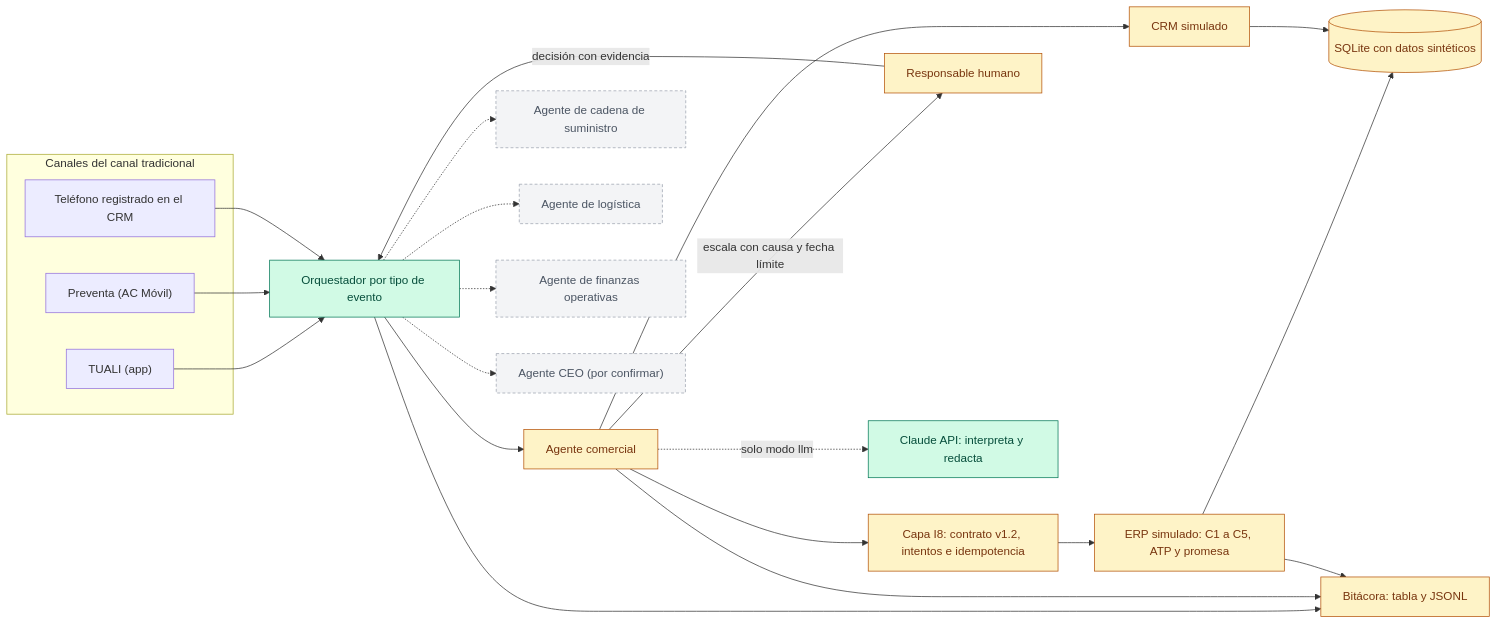
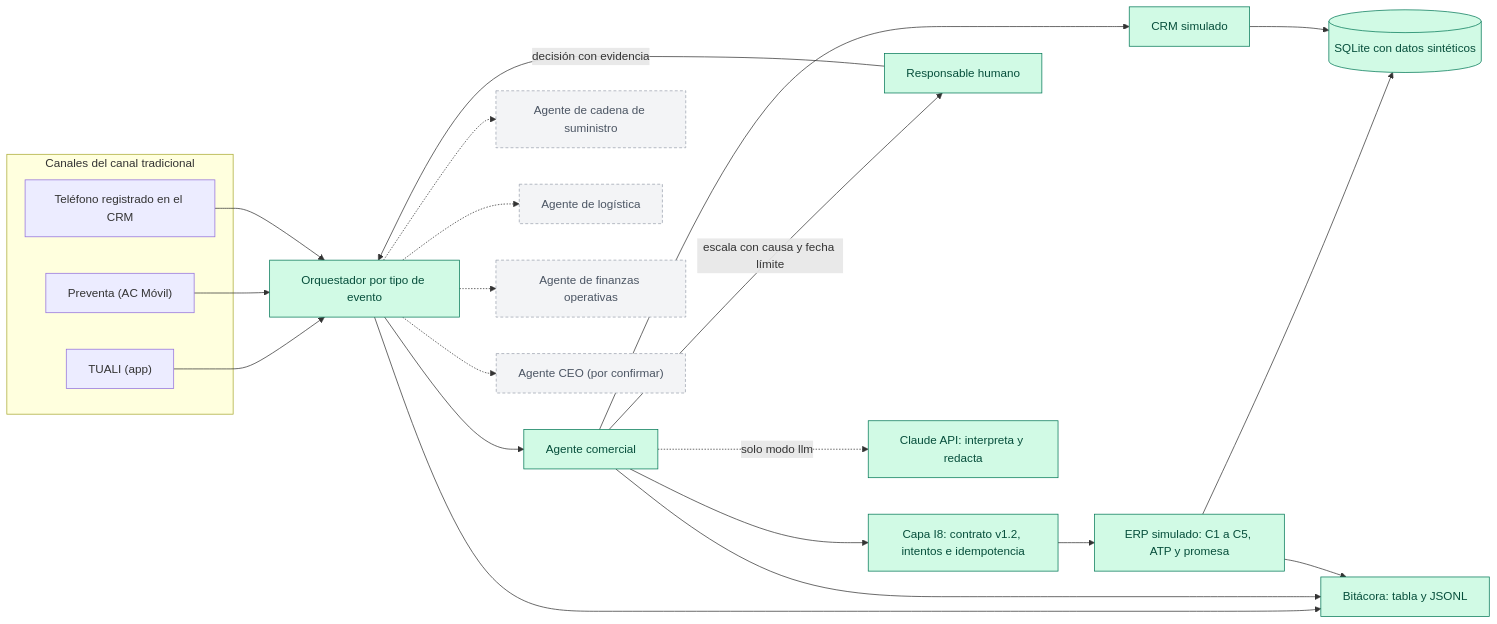
The first of 3 diagrams in README.md (Salvador0302/ge703-agente-sie-cocacola), drawn with Mermaid before and after one commit. The commit also changed other lines of this file, not shown here.

````diff
--- a/README.md
+++ b/README.md
@@ -19,34 +19,32 @@
 ```mermaid
 flowchart LR
     subgraph canales["Canales del canal tradicional"]
         T["TUALI (app)"]
         P["Preventa (AC Móvil)"]
         F["Teléfono registrado en el CRM"]
     end
     T --> O
     P --> O
     F --> O
     O["Orquestador por tipo de evento"]
     O --> A["Agente comercial"]
     A --> C["CRM simulado"]
     A --> I8["Capa I8: contrato v1.2, intentos e idempotencia"]
     I8 --> E["ERP simulado: C1 a C5, ATP y promesa"]
     E --> DB[("SQLite con datos sintéticos")]
     C --> DB
     A -->|"escala con causa y fecha límite"| H["Responsable humano"]
     H -->|"decisión con evidencia"| O
     O --> B["Bitácora: tabla y JSONL"]
     A --> B
     E --> B
     A -.->|"solo modo llm"| L["Claude API: interpreta y redacta"]
     O -.-> CS["Agente de cadena de suministro"]
     O -.-> LG["Agente de logística"]
     O -.-> FO["Agente de finanzas operativas"]
     O -.-> CEO["Agente CEO (por confirmar)"]
     classDef hecho fill:#d1fae5,stroke:#047857,color:#064e3b
-    classDef curso fill:#fef3c7,stroke:#b45309,color:#78350f
     classDef previsto fill:#f3f4f6,stroke:#9ca3af,color:#4b5563,stroke-dasharray:4 3
-    class O,L hecho
-    class A,C,I8,E,DB,H,B curso
+    class O,A,C,I8,E,DB,H,B,L hecho
     class CS,LG,FO,CEO previsto
 ```
````
